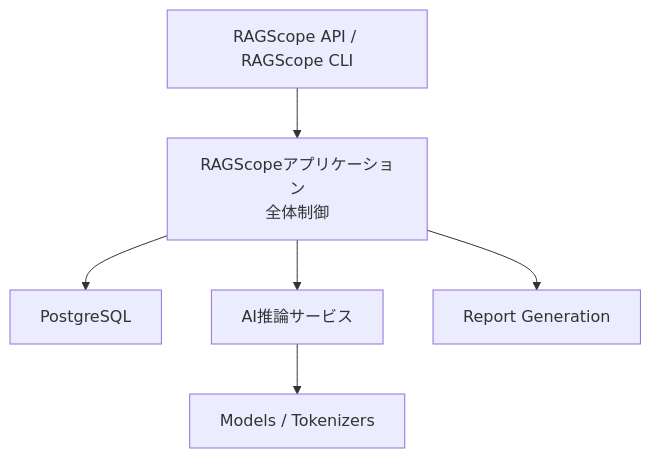
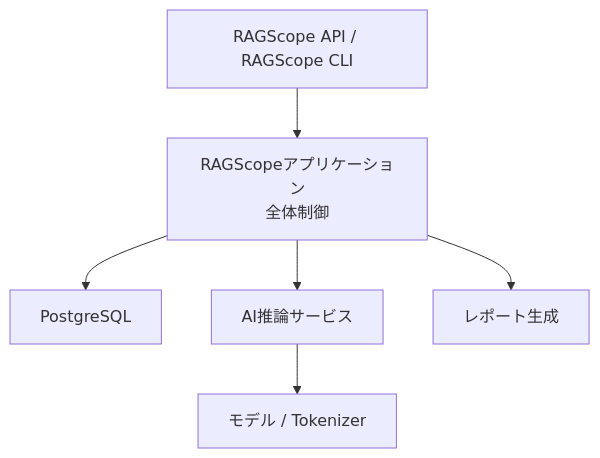
Before and after one commit to takashit16833/RAGScope: the second of 6 diagrams in project-docs/design/システムアーキテクチャ.md, drawn with Mermaid. The commit also changed other lines of this file and 2 other files, not shown here.

Commit message:
refactor system architecture and documentation guidelines

````diff
--- a/project-docs/design/システムアーキテクチャ.md
+++ b/project-docs/design/システムアーキテクチャ.md
@@ -211,8 +205,8 @@
 ```mermaid
 flowchart TD
     Interface["RAGScope API / RAGScope CLI"] --> Application["RAGScopeアプリケーション<br>全体制御"]
     Application --> Persistence["PostgreSQL"]
     Application --> AI["AI推論サービス"]
-    AI --> Models["Models / Tokenizers"]
-    Application --> Reports["Report Generation"]
+    AI --> Models["モデル / Tokenizer"]
+    Application --> Reports["レポート生成"]
 ```
````
